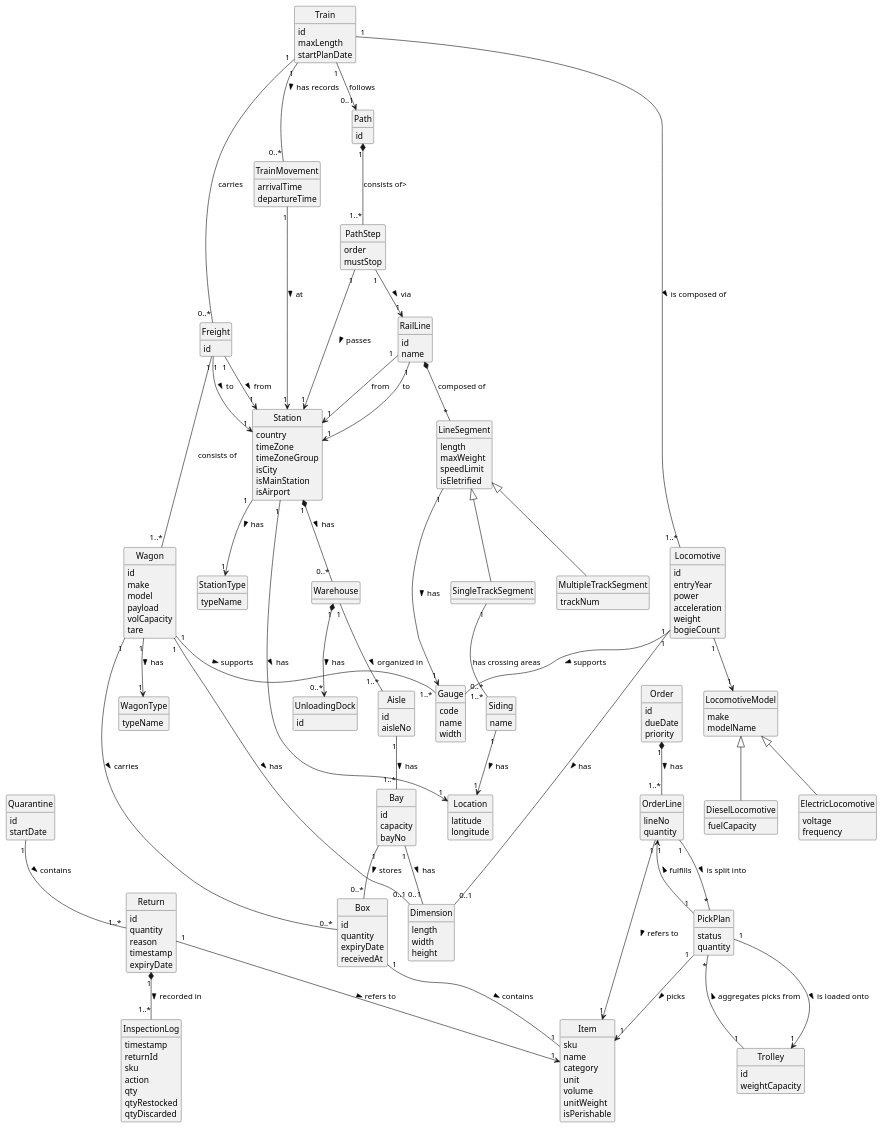
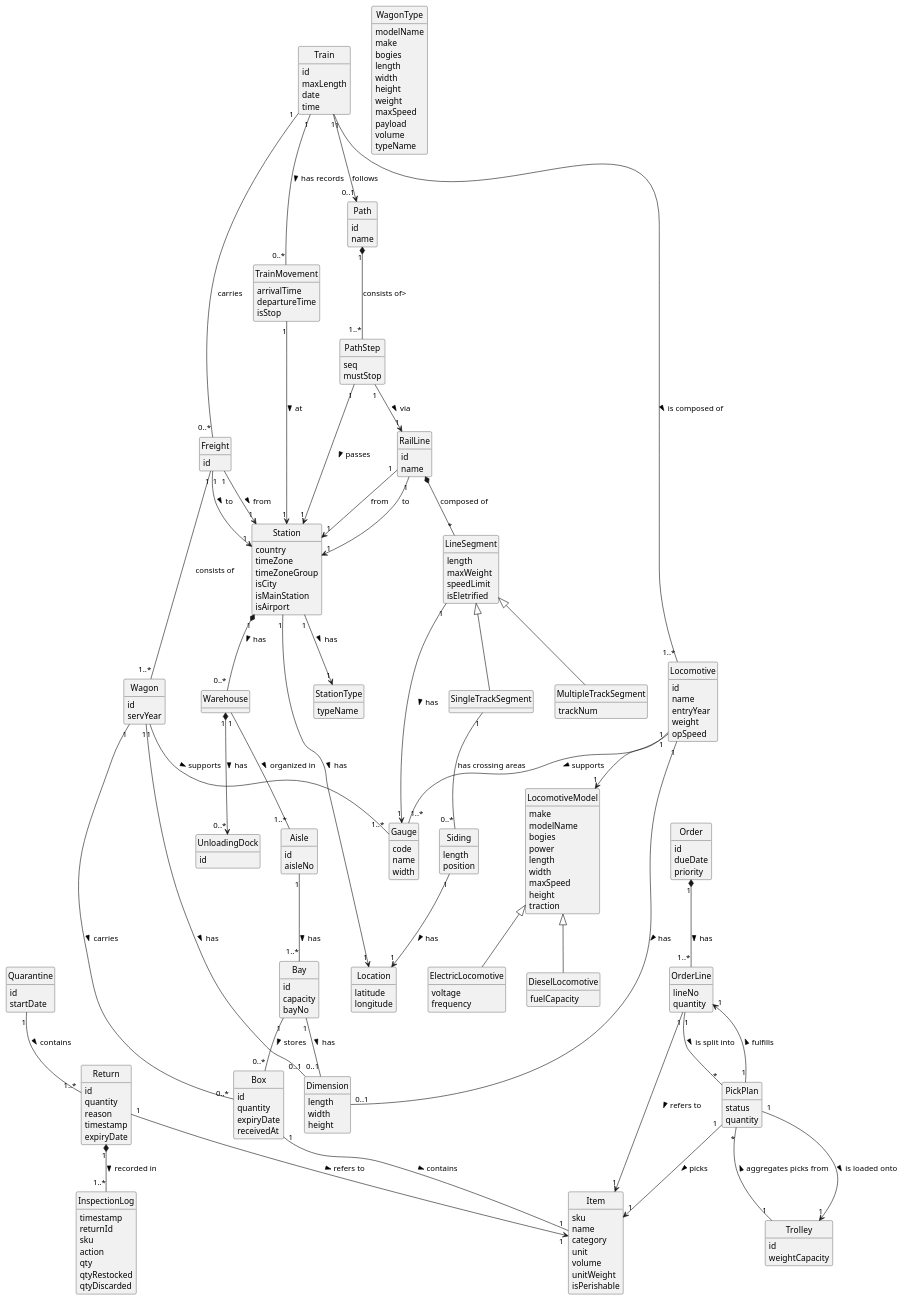
The diagram in docs/system-documentation/global-artifacts/analysis/DM/puml/DM.puml (bruno-monteiro5/sem3-pi-25.26-g164-repository), drawn with PlantUML before and after one commit.

Commit message:
Sprint3(docs) Now changes made in the domain model adding some at that were missing and also some classes and also some changes about the wagon and wagon model separated  [#231]

```diff
--- a/docs/system-documentation/global-artifacts/analysis/DM/puml/DM.puml
+++ b/docs/system-documentation/global-artifacts/analysis/DM/puml/DM.puml
@@ -27,7 +27,8 @@
 }
 
 class Siding {
-  name
+   length
+   position
 }
 
 
@@ -53,11 +54,10 @@
 
 class Locomotive {
     id
+    name
     entryYear
-    power
-    acceleration
     weight
-    bogieCount
+    opSpeed
 }
 
 class DieselLocomotive extends LocomotiveModel  {
@@ -71,21 +71,28 @@
 
 class Wagon  {
     id
-    make
-    model
-    payload
-    volCapacity
-    tare
+    servYear
 }
 
 class WagonType {
+    modelName
+    make
+    bogies
+    length
+    width
+    height
+    weight
+    maxSpeed
+    payload
+    volume
     typeName
 }
 
 class Train {
     id
     maxLength
-    startPlanDate
+    date
+    time
 }
 
 
@@ -102,6 +109,13 @@
 class LocomotiveModel {
     make
     modelName
+    bogies
+    power
+    length
+    width
+    maxSpeed
+    height
+    traction
 }
 
 
@@ -109,10 +123,11 @@
 
 class Path {
     id
+    name
 }
 
 class PathStep {
-    order
+    seq
     mustStop
 }
 
@@ -206,6 +221,7 @@
 class TrainMovement {
     arrivalTime
     departureTime
+    isStop
 }
 
 
@@ -241,7 +257,6 @@
 Return "1" --> "1" Item : refers to >
 Station "1" --> "1" Location : has >
 Siding "1" --> "1" Location : has >
-Wagon "1" --> "1" WagonType : has >
 Station "1" --> "1" StationType : has >
 Station "1" *-- "0..*" Warehouse : has >
 Warehouse "1" *--> "0..*" UnloadingDock  : has >
```
